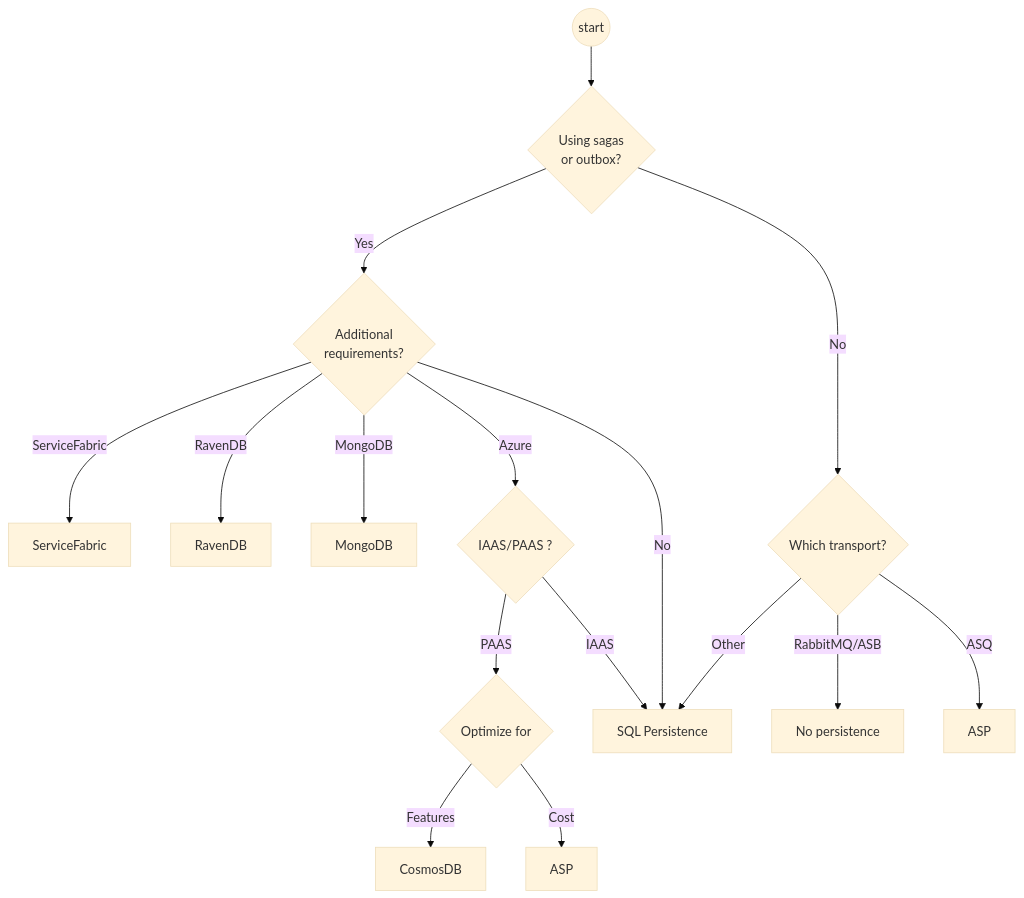
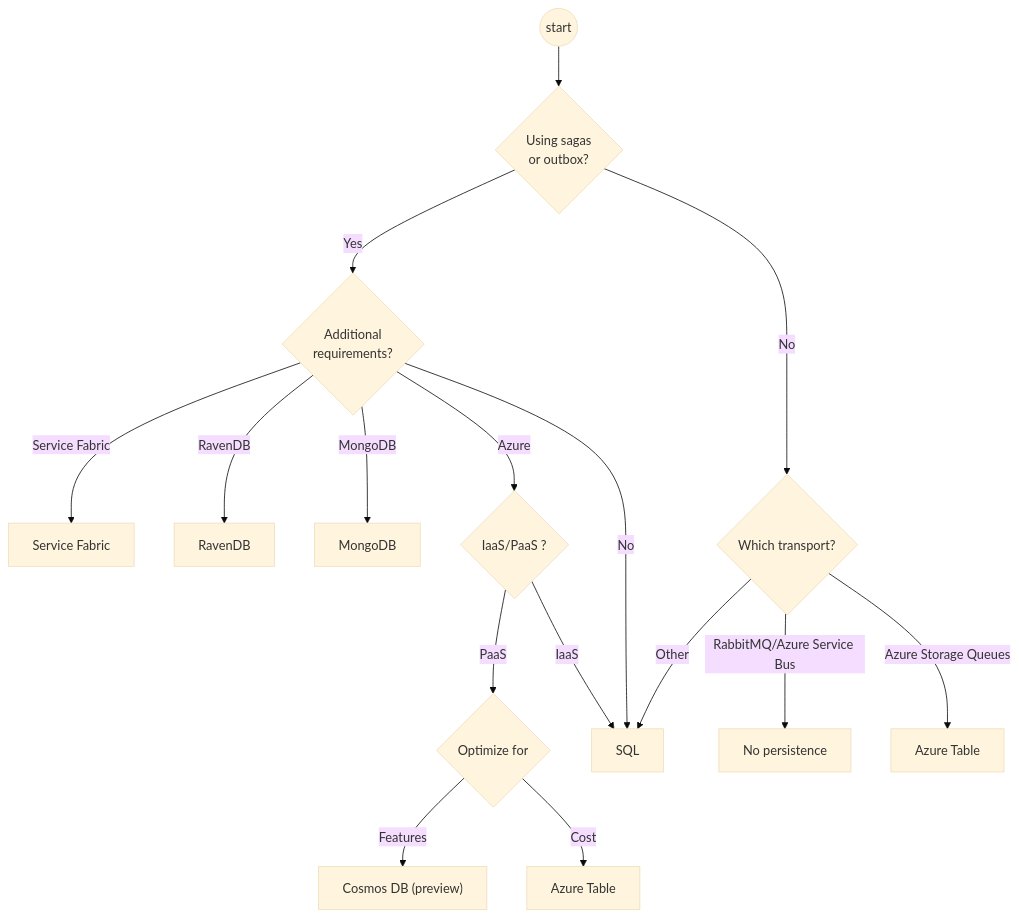
One commit to Particular/docs.particular.net changed the diagram in persistence/selecting.md. Above: the diagram before and after it, drawn with Mermaid (base theme). The commit also changed other lines of this file, not shown here.

Commit message:
fix component names in selecting a persister chart

````diff
--- a/persistence/selecting.md
+++ b/persistence/selecting.md
@@ -27,18 +27,18 @@
 ```mermaid
 graph TD
 start((start)) --> A{Using sagas<br /> or outbox?}
-A -->  |Yes|B{Additional<br />requirements?}
+A --> |Yes|B{Additional<br />requirements?}
 A --> |No| I{Which transport?}
-I --> |Other|L[SQL Persistence]
-I --> |RabbitMQ/ASB|J[No persistence]
-I --> |ASQ|K[ASP]
-B --> |ServiceFabric|C[ServiceFabric]
+I --> |Other|L[SQL]
+I --> |RabbitMQ/Azure Service Bus|J[No persistence]
+I --> |Azure Storage Queues|K[Azure Table]
+B --> |Service Fabric|C[Service Fabric]
 B --> |RavenDB|E[RavenDB]
 B --> |MongoDB|M[MongoDB]
-B --> |Azure|Q{IAAS/PAAS ?}
+B --> |Azure|Q{IaaS/PaaS ?}
 B --> |No|L
-Q --> |PAAS|G{Optimize for}
-Q --> |IAAS|L
-G --> |Features|N[CosmosDB]
-G --> |Cost|S[ASP]
+Q --> |PaaS|G{Optimize for}
+Q --> |IaaS|L
+G --> |Features|N["Cosmos DB (preview)"]
+G --> |Cost|S[Azure Table]
 ```
````
